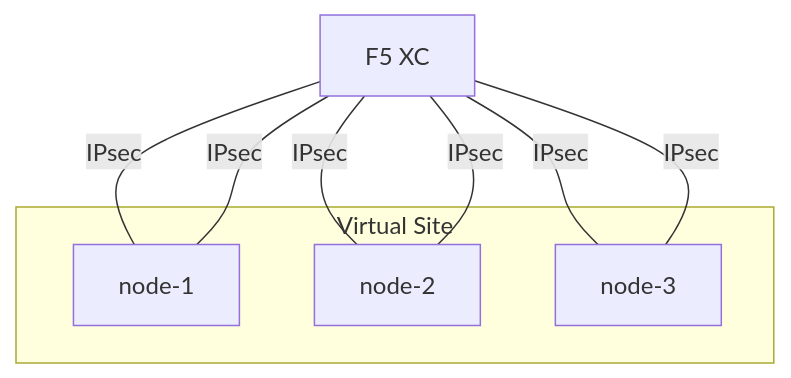
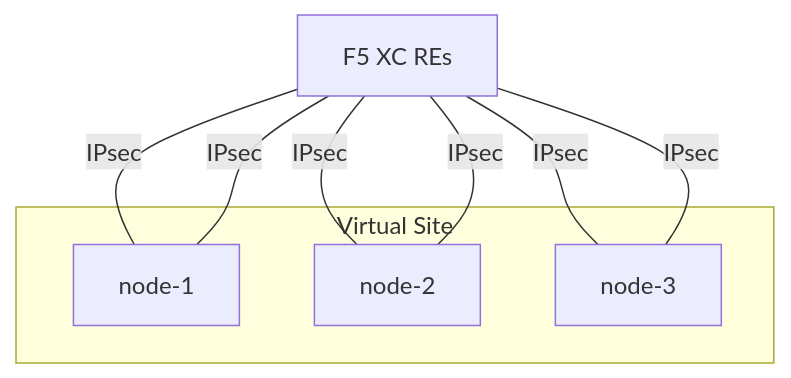
One commit to pavbjj/f5-xc-smsv2-azure changed the second of 4 diagrams in README.md. Above: the diagram before and after it, drawn with Mermaid.

````diff
--- a/README.md
+++ b/README.md
@@ -68,21 +68,21 @@
 ``` mermaid
 flowchart TD
   subgraph "Virtual Site"
     node1["node-1"]
     node2["node-2"]
     node3["node-3"]
   end
 
-  cloud["F5 XC"]
+  cloud["F5 XC REs"]
 
   %% Two tunnels per node
   cloud ---|IPsec| node1
   cloud ---|IPsec| node1
 
   cloud ---|IPsec| node2
   cloud ---|IPsec| node2
 
   cloud ---|IPsec| node3
   cloud ---|IPsec| node3
 
 ```
````
